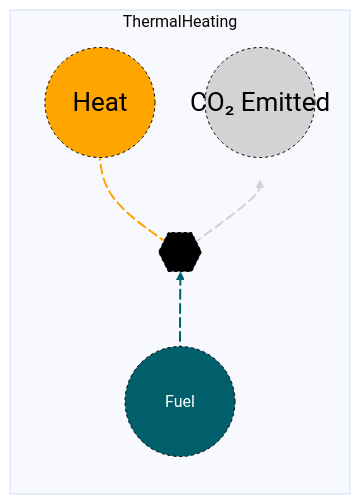
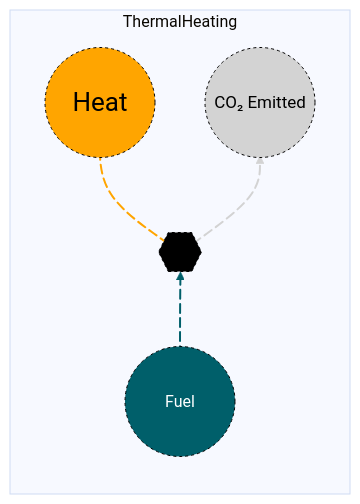
One commit to acheng1757/MacroEnergy-Abbie.jl changed the diagram in docs/src/Manual/assets/thermalheating.md. Above: the diagram before and after it, drawn with Mermaid. The commit also changed 1 other file, not shown here.

Commit message:
Fixed font size

````diff
--- a/docs/src/Manual/assets/thermalheating.md
+++ b/docs/src/Manual/assets/thermalheating.md
@@ -22,22 +22,22 @@
 ```mermaid
 %%{init: {'theme': 'base', 'themeVariables': { 'background': '#D1EBDE' }}}%%
 flowchart LR
   subgraph ThermalHeating
   direction BT
   A((Fuel)) e1@ --> B{{..}}
   B e2@ --> C((Heat))
   B e3@ --> D((CO₂ Emitted))
   e1@{animate: true}
   e2@{animate: true}
   e3@{animate: true}
  end
     style A r:55px,fill:#005F6A,stroke:black,color:white,stroke-dasharray: 3,5;
     style B r:55px,fill:black,stroke:black,color:black,stroke-dasharray: 3,5;
     style C font-size:26px,r:55px,fill:#FFA500,stroke:black,color:black,stroke-dasharray: 3,5;
-    style D font-size:26px,r:55px,fill:lightgray,stroke:black,color:black,stroke-dasharray: 3,5;
+    style D font-size:17px,r:55px,fill:lightgray,stroke:black,color:black,stroke-dasharray: 3,5;
 
   linkStyle 0 stroke:#005F6A, stroke-width: 2px;
   linkStyle 1 stroke:#FFA500, stroke-width: 2px;
   linkStyle 2 stroke:lightgray, stroke-width: 2px;
 
 ```
````
